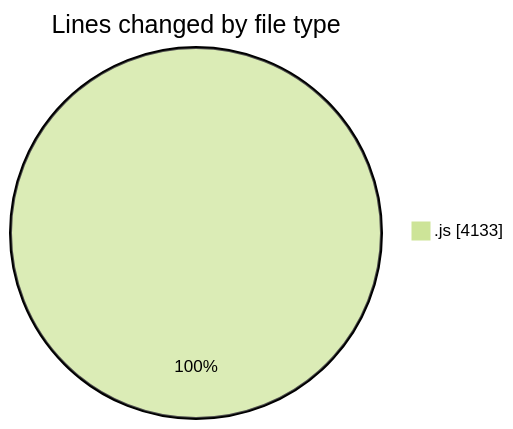
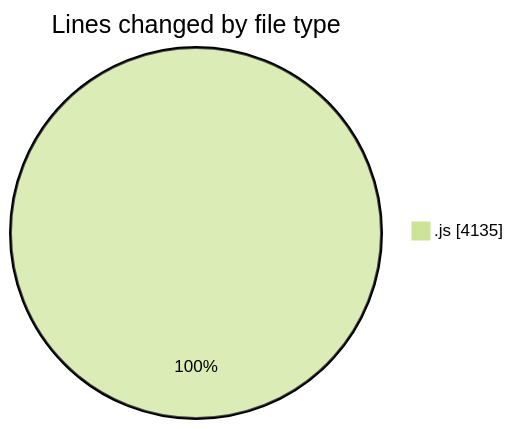
Before and after one commit to nxtqubesakshisongat/code-tracking: the first of 2 diagrams in 2025-08-11/nxtqube_webapp/README.md, drawn with Mermaid (forest theme). The commit also changed other lines of this file and 1 other file, not shown here.

````diff
--- a/2025-08-11/nxtqube_webapp/README.md
+++ b/2025-08-11/nxtqube_webapp/README.md
@@ -21,5 +21,5 @@
 ```mermaid
 pie showData
 title Lines changed by file type
-".js" : 4133
+".js" : 4135
 ```
````
